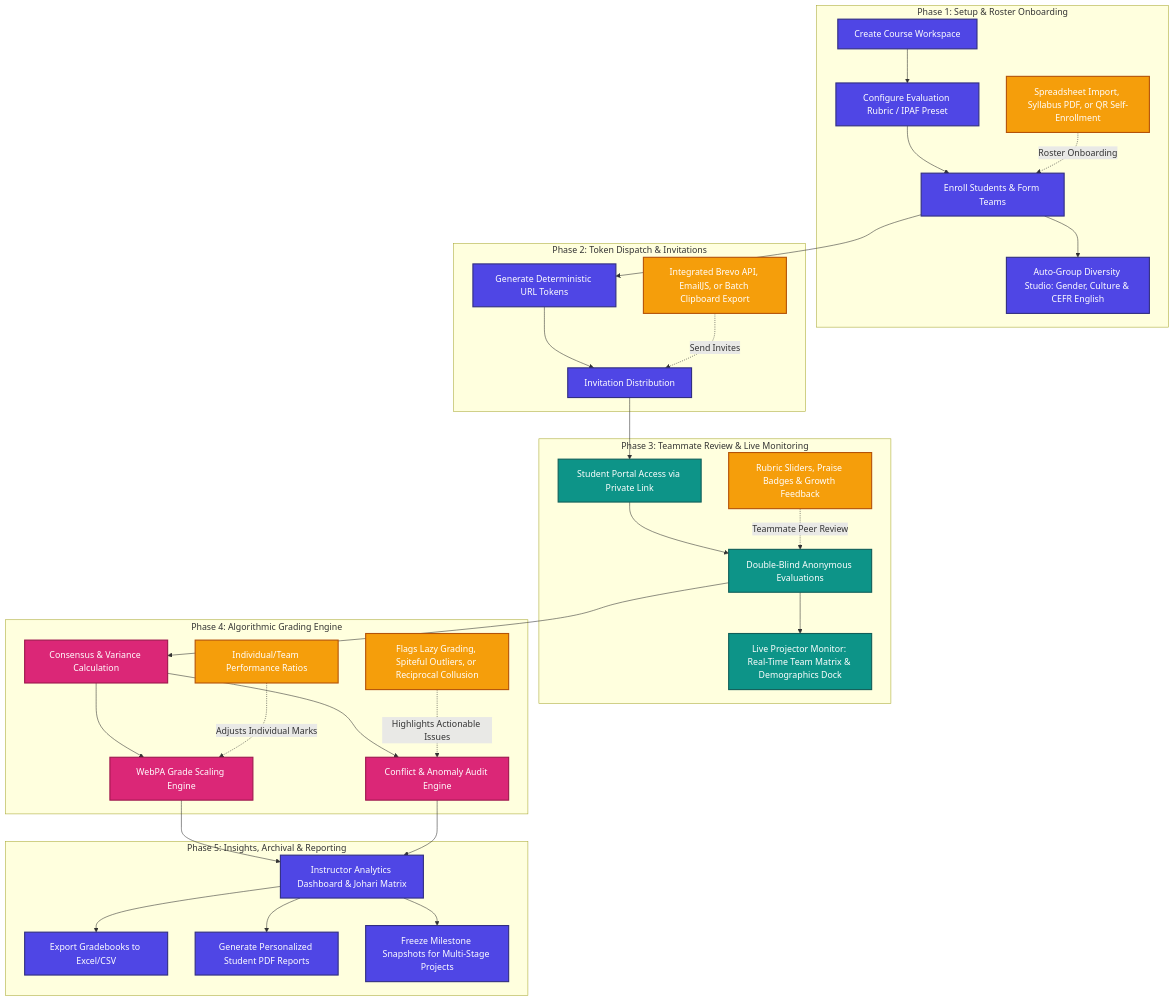
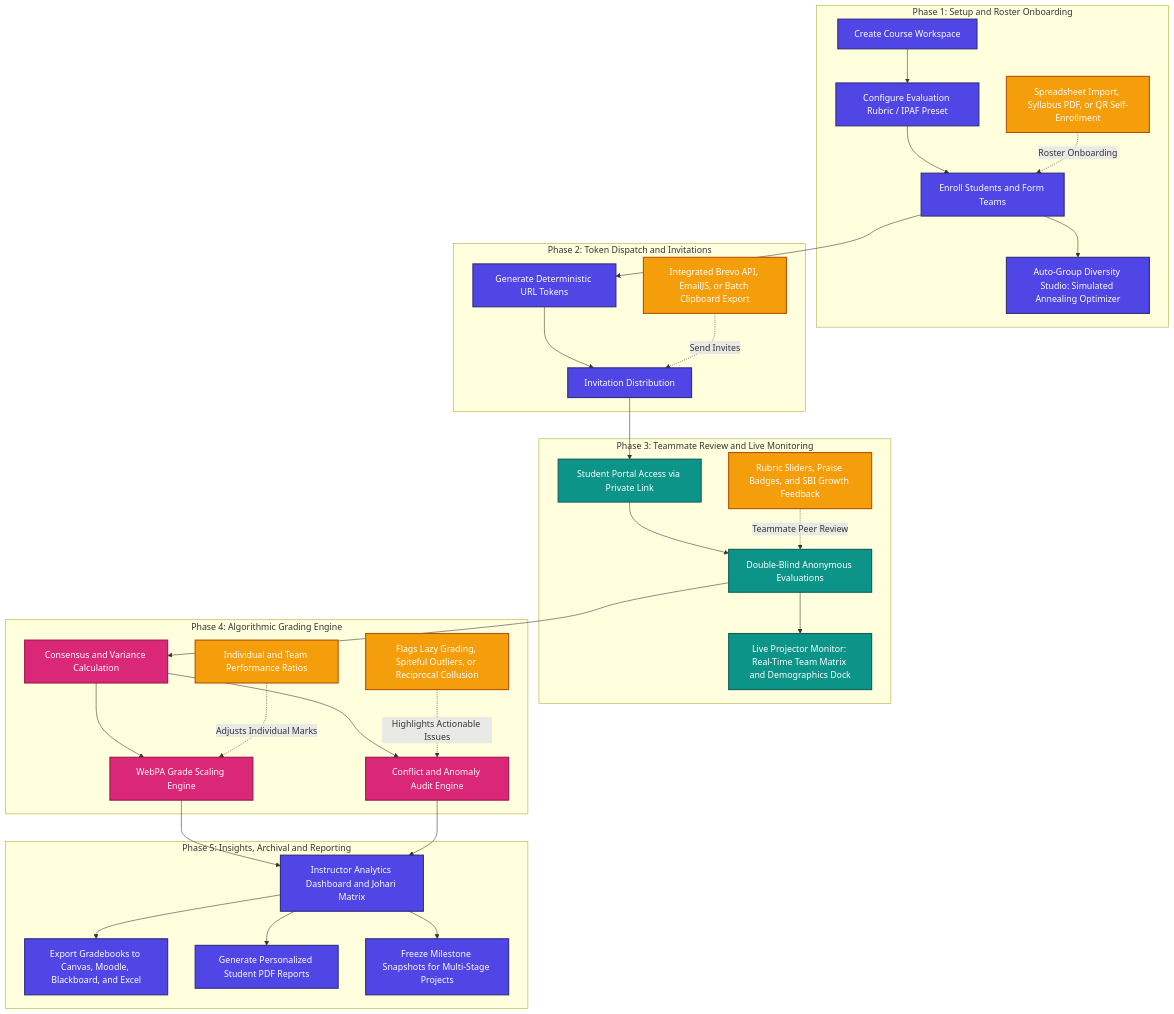
Before and after one commit to Dhruu04/PeerLens: the diagram in README.md, drawn with Mermaid. The commit also changed other lines of this file and 29 other files, not shown here.

````diff
--- a/README.md
+++ b/README.md
@@ -17,49 +17,48 @@
 ```mermaid
 graph TD
-    %% Styling definitions
     classDef instructor fill:#4f46e5,stroke:#312e81,stroke-width:2px,color:#fff;
     classDef student fill:#0d9488,stroke:#115e59,stroke-width:2px,color:#fff;
     classDef engine fill:#db2777,stroke:#9d174d,stroke-width:2px,color:#fff;
     classDef file fill:#f59e0b,stroke:#b45309,stroke-width:2px,color:#fff;
 
-    subgraph "Phase 1: Setup & Roster Onboarding"
+    subgraph "Phase 1: Setup and Roster Onboarding"
         A[Create Course Workspace] --> B[Configure Evaluation Rubric / IPAF Preset]
-        B --> C[Enroll Students & Form Teams]
+        B --> C[Enroll Students and Form Teams]
         C1["Spreadsheet Import, Syllabus PDF, or QR Self-Enrollment"] -.->|Roster Onboarding| C
-        C --> C2["Auto-Group Diversity Studio: Gender, Culture & CEFR English"]
+        C --> C2["Auto-Group Diversity Studio: Simulated Annealing Optimizer"]
     end
     
-    subgraph "Phase 2: Token Dispatch & Invitations"
+    subgraph "Phase 2: Token Dispatch and Invitations"
         C --> D[Generate Deterministic URL Tokens]
         D --> E[Invitation Distribution]
         E1["Integrated Brevo API, EmailJS, or Batch Clipboard Export"] -.->|Send Invites| E
     end
     
-    subgraph "Phase 3: Teammate Review & Live Monitoring"
+    subgraph "Phase 3: Teammate Review and Live Monitoring"
         E --> F[Student Portal Access via Private Link]
         F --> G[Double-Blind Anonymous Evaluations]
-        G1["Rubric Sliders, Praise Badges & Growth Feedback"] -.->|Teammate Peer Review| G
-        G --> G2["Live Projector Monitor: Real-Time Team Matrix & Demographics Dock"]
+        G1["Rubric Sliders, Praise Badges, and SBI Growth Feedback"] -.->|Teammate Peer Review| G
+        G --> G2["Live Projector Monitor: Real-Time Team Matrix and Demographics Dock"]
     end
 
     subgraph "Phase 4: Algorithmic Grading Engine"
-        G --> H[Consensus & Variance Calculation]
+        G --> H[Consensus and Variance Calculation]
         H --> I[WebPA Grade Scaling Engine]
-        H --> J[Conflict & Anomaly Audit Engine]
-        I1["Individual/Team Performance Ratios"] -.->|Adjusts Individual Marks| I
+        H --> J[Conflict and Anomaly Audit Engine]
+        I1["Individual and Team Performance Ratios"] -.->|Adjusts Individual Marks| I
         J1["Flags Lazy Grading, Spiteful Outliers, or Reciprocal Collusion"] -.->|Highlights Actionable Issues| J
     end
 
-    subgraph "Phase 5: Insights, Archival & Reporting"
-        I --> K[Instructor Analytics Dashboard & Johari Matrix]
+    subgraph "Phase 5: Insights, Archival and Reporting"
+        I --> K[Instructor Analytics Dashboard and Johari Matrix]
         J --> K
-        K --> L[Export Gradebooks to Excel/CSV]
+        K --> L[Export Gradebooks to Canvas, Moodle, Blackboard, and Excel]
         K --> M[Generate Personalized Student PDF Reports]
         K --> N[Freeze Milestone Snapshots for Multi-Stage Projects]
     end
 
     class A,B,C,C2,D,E,K,L,M,N instructor;
     class F,G,G2 student;
     class H,I,J engine;
     class C1,E1,G1,I1,J1 file;
 ```
````
